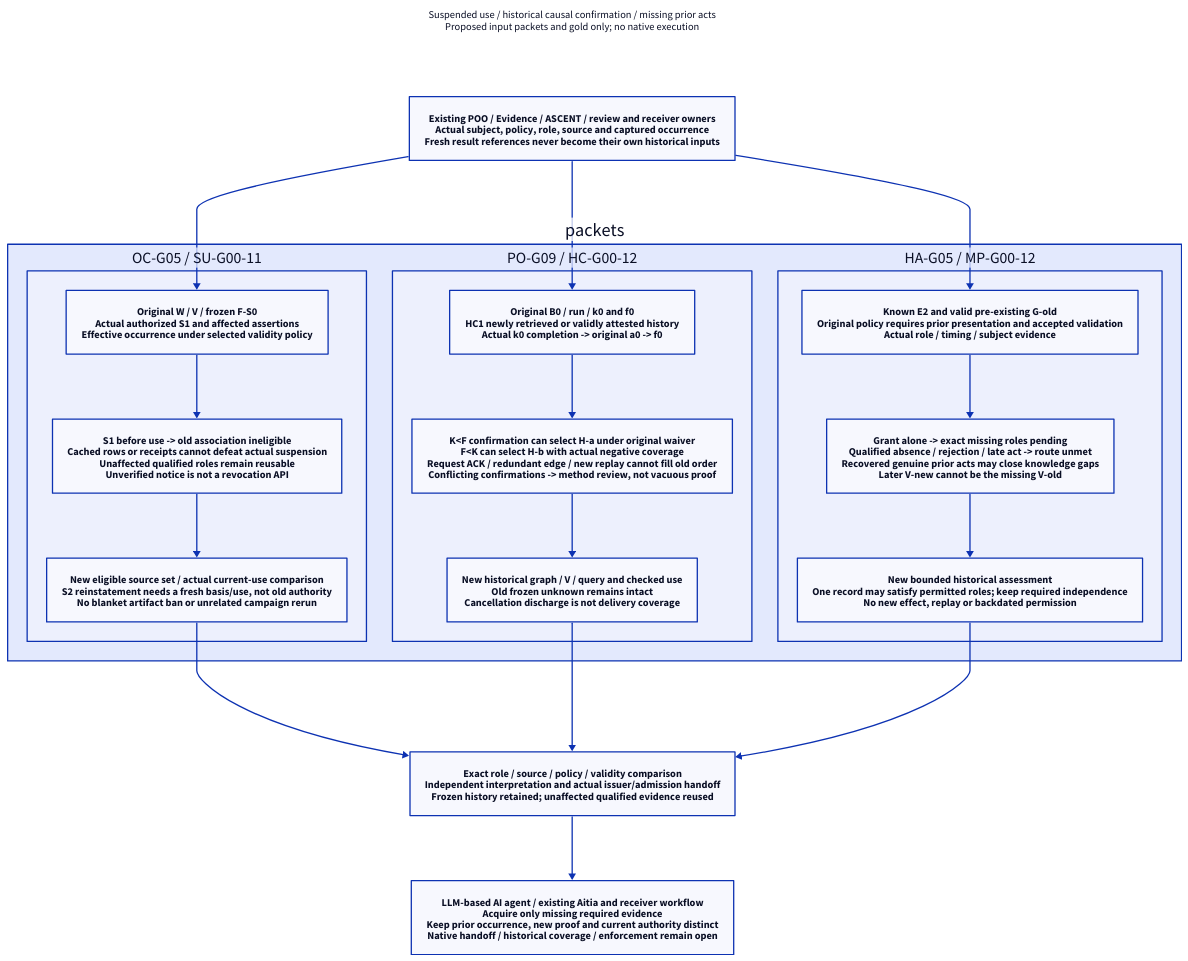
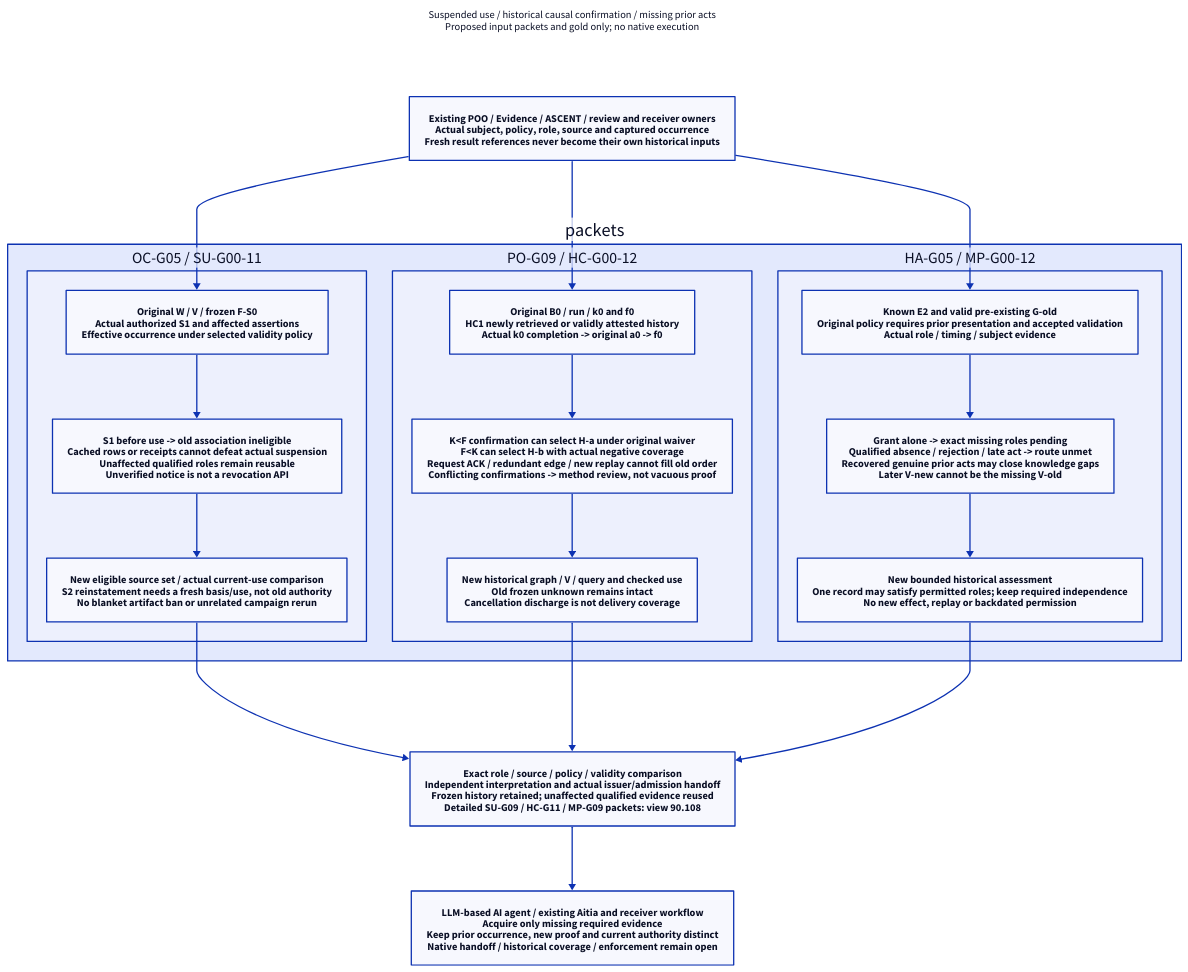
The diagram in docs/90-99-views/90-architecture-views/90.107-pbt-suspension-order-and-prior-evidence.d2 (hardenedlinux/deterministic-engineering), drawn with D2 before and after one commit. The commit also changed 6 other files, not shown here.

```diff
--- a/docs/90-99-views/90-architecture-views/90.107-pbt-suspension-order-and-prior-evidence.d2
+++ b/docs/90-99-views/90-architecture-views/90.107-pbt-suspension-order-and-prior-evidence.d2
@@ -1,39 +1,39 @@
 # org-target: docs/10-19-design/10-architecture/10.118-domain-property-testing-and-evidence-trajectories.org::#pbt118-suspension-history-packets
 # render-layout: elk; theme: 0; pad: 24
 direction: down
 title: "Suspended use / historical causal confirmation / missing prior acts\nProposed input packets and gold only; no native execution" {shape: text}
 input: "Existing POO / Evidence / ASCENT / review and receiver owners\nActual subject, policy, role, source and captured occurrence\nFresh result references never become their own historical inputs"
 packets: {
   direction: right
   suspension: {
     label: "OC-G05 / SU-G00-11"
     basis: "Original W / V / frozen F-S0\nActual authorized S1 and affected assertions\nEffective occurrence under selected validity policy"
     compare: "S1 before use -> old association ineligible\nCached rows or receipts cannot defeat actual suspension\nUnaffected qualified roles remain reusable\nUnverified notice is not a revocation API"
     result: "New eligible source set / actual current-use comparison\nS2 reinstatement needs a fresh basis/use, not old authority\nNo blanket artifact ban or unrelated campaign rerun"
     basis -> compare -> result
   }
   order: {
     label: "PO-G09 / HC-G00-12"
     basis: "Original B0 / run / k0 and f0\nHC1 newly retrieved or validly attested history\nActual k0 completion -> original a0 -> f0"
     compare: "K<F confirmation can select H-a under original waiver\nF<K can select H-b with actual negative coverage\nRequest ACK / redundant edge / new replay cannot fill old order\nConflicting confirmations -> method review, not vacuous proof"
     result: "New historical graph / V / query and checked use\nOld frozen unknown remains intact\nCancellation discharge is not delivery coverage"
     basis -> compare -> result
   }
   prior: {
     label: "HA-G05 / MP-G00-12"
     basis: "Known E2 and valid pre-existing G-old\nOriginal policy requires prior presentation and accepted validation\nActual role / timing / subject evidence"
     compare: "Grant alone -> exact missing roles pending\nQualified absence / rejection / late act -> route unmet\nRecovered genuine prior acts may close knowledge gaps\nLater V-new cannot be the missing V-old"
     result: "New bounded historical assessment\nOne record may satisfy permitted roles; keep required independence\nNo new effect, replay or backdated permission"
     basis -> compare -> result
   }
 }
-closure: "Exact role / source / policy / validity comparison\nIndependent interpretation and actual issuer/admission handoff\nFrozen history retained; unaffected qualified evidence reused"
+closure: "Exact role / source / policy / validity comparison\nIndependent interpretation and actual issuer/admission handoff\nFrozen history retained; unaffected qualified evidence reused\nDetailed SU-G09 / HC-G11 / MP-G09 packets: view 90.108"
 agent: "LLM-based AI agent / existing Aitia and receiver workflow\nAcquire only missing required evidence\nKeep prior occurrence, new proof and current authority distinct\nNative handoff / historical coverage / enforcement remain open"
 title -> input: {style.opacity: 0}
 input -> packets.suspension.basis
 input -> packets.order.basis
 input -> packets.prior.basis
 packets.suspension.result -> closure
 packets.order.result -> closure
 packets.prior.result -> closure
 closure -> agent
```
